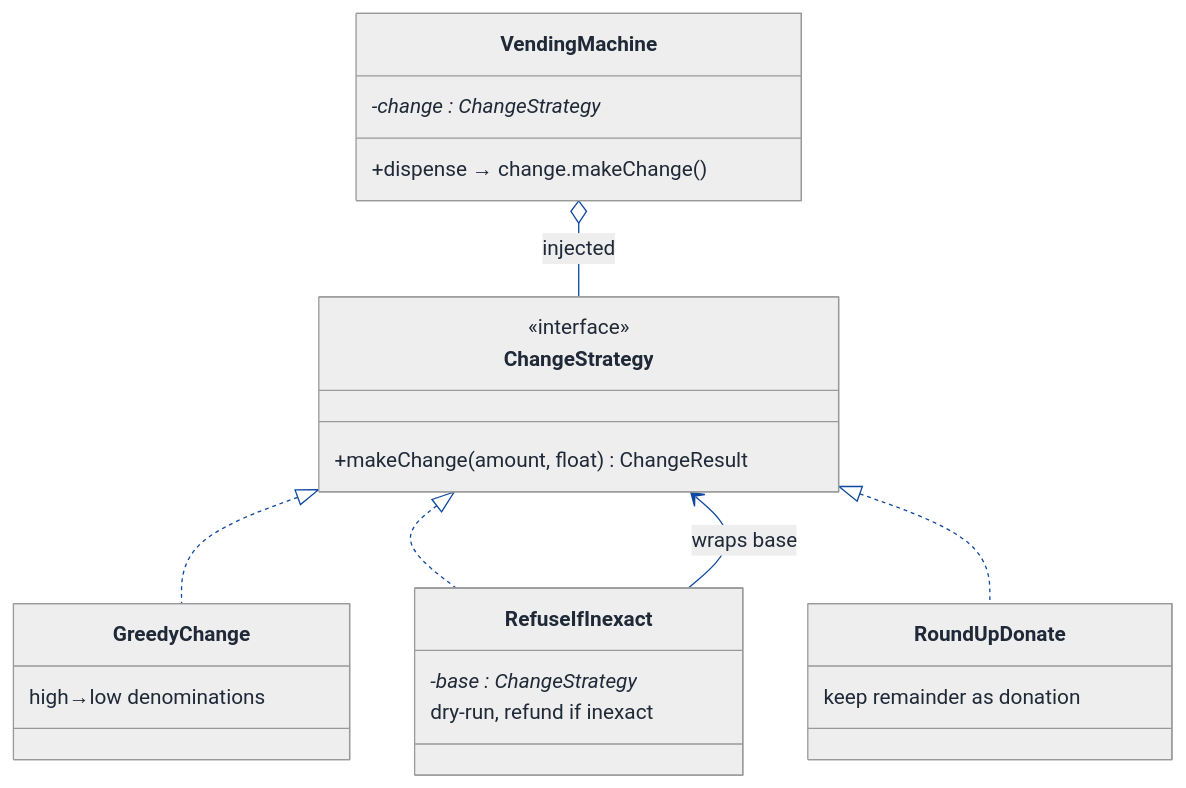
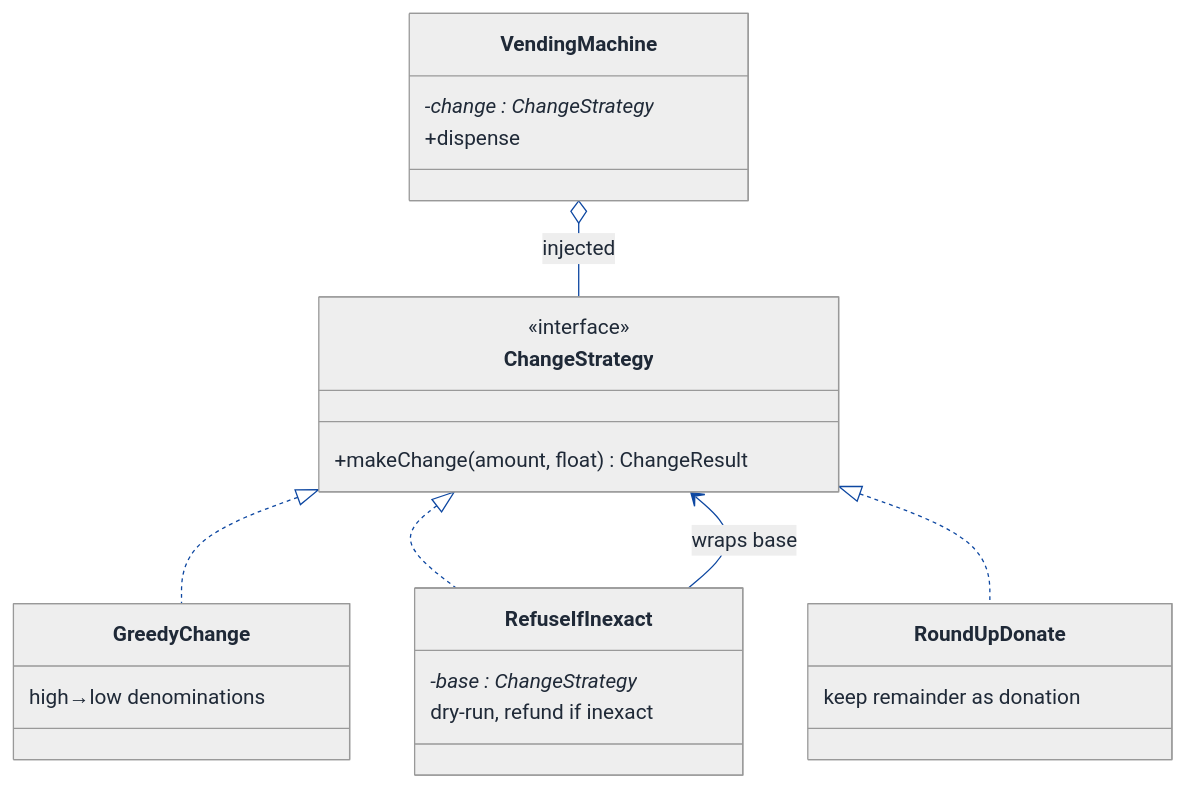
Before and after one commit to Prateek-5/question-bank: the third of 7 diagrams in LLD/Topics/Object_Oriented_Design/Vending_Machine.md, drawn with Mermaid. The commit also changed other lines of this file and 61 other files, not shown here.

First line of the commit message:
Fix invalid mermaid classDiagram member syntax across LLD walkthroughs

````diff
--- a/LLD/Topics/Object_Oriented_Design/Vending_Machine.md
+++ b/LLD/Topics/Object_Oriented_Design/Vending_Machine.md
@@ -560,59 +559,59 @@
 ```mermaid
 ---
 config:
   theme: neutral
   themeVariables:
     background: '#ffffff'
     primaryColor: '#cfe2ff'
     primaryTextColor: '#1f2937'
     primaryBorderColor: '#084298'
     secondaryColor: '#fff3cd'
     secondaryTextColor: '#1f2937'
     secondaryBorderColor: '#664d03'
     tertiaryColor: '#d1e7dd'
     tertiaryTextColor: '#1f2937'
     tertiaryBorderColor: '#0a3622'
     lineColor: '#0d47a1'
     textColor: '#1f2937'
     noteBkgColor: '#fff3cd'
     noteTextColor: '#1f2937'
     noteBorderColor: '#997404'
     actorBkg: '#cfe2ff'
     actorBorder: '#084298'
     actorTextColor: '#1f2937'
     signalColor: '#0d47a1'
     signalTextColor: '#1f2937'
     labelBoxBkgColor: '#ffffff'
     labelBoxBorderColor: '#d3d3d3'
     labelTextColor: '#1f2937'
     edgeLabelBackground: '#ffffff'
     labelBackground: '#ffffff'
     classText: '#1f2937'
     fontFamily: 'system-ui, -apple-system, Segoe UI, Helvetica, Arial, sans-serif'
 ---
 classDiagram
   direction TB
   class VendingMachine {
     -change : ChangeStrategy*
-    +dispense → change.makeChange()
+    +dispense
   }
   class ChangeStrategy {
     <<interface>>
     +makeChange(amount, float) ChangeResult
   }
   class GreedyChange {
     high→low denominations
   }
   class RefuseIfInexact {
     -base : ChangeStrategy*
     dry-run, refund if inexact
   }
   class RoundUpDonate {
     keep remainder as donation
   }
   VendingMachine o-- ChangeStrategy : injected
   ChangeStrategy <|.. GreedyChange
   ChangeStrategy <|.. RefuseIfInexact
   ChangeStrategy <|.. RoundUpDonate
   RefuseIfInexact --> ChangeStrategy : wraps base
 ```
````
